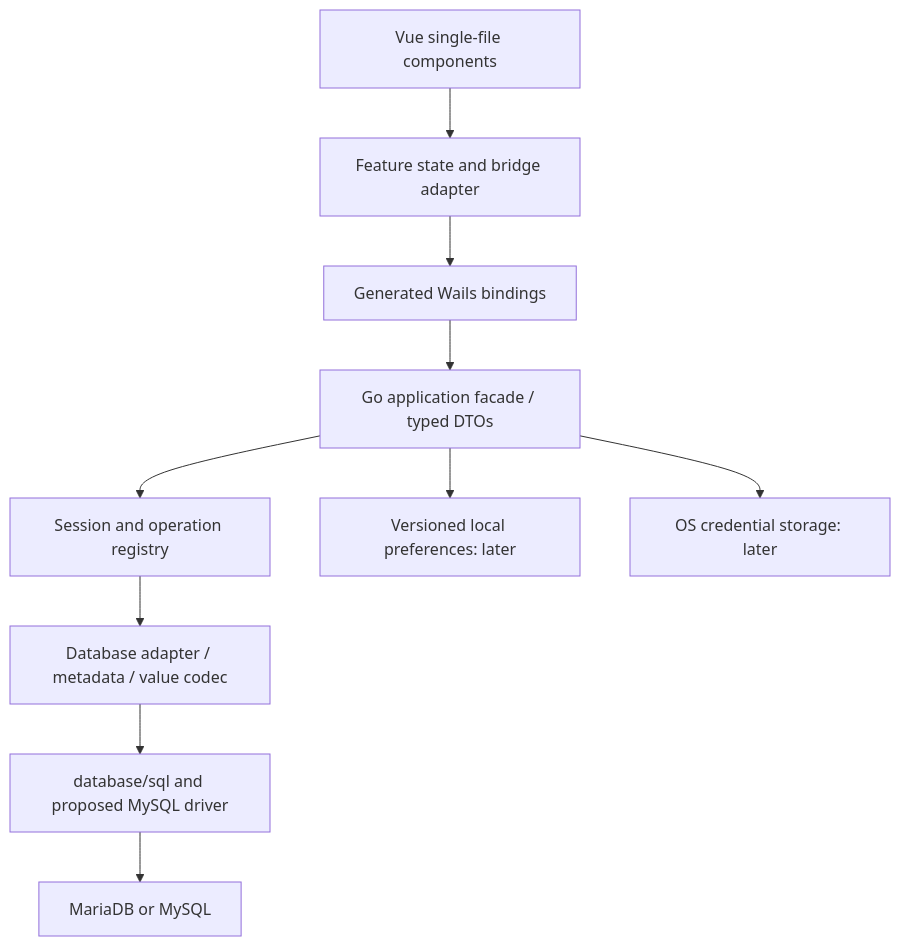
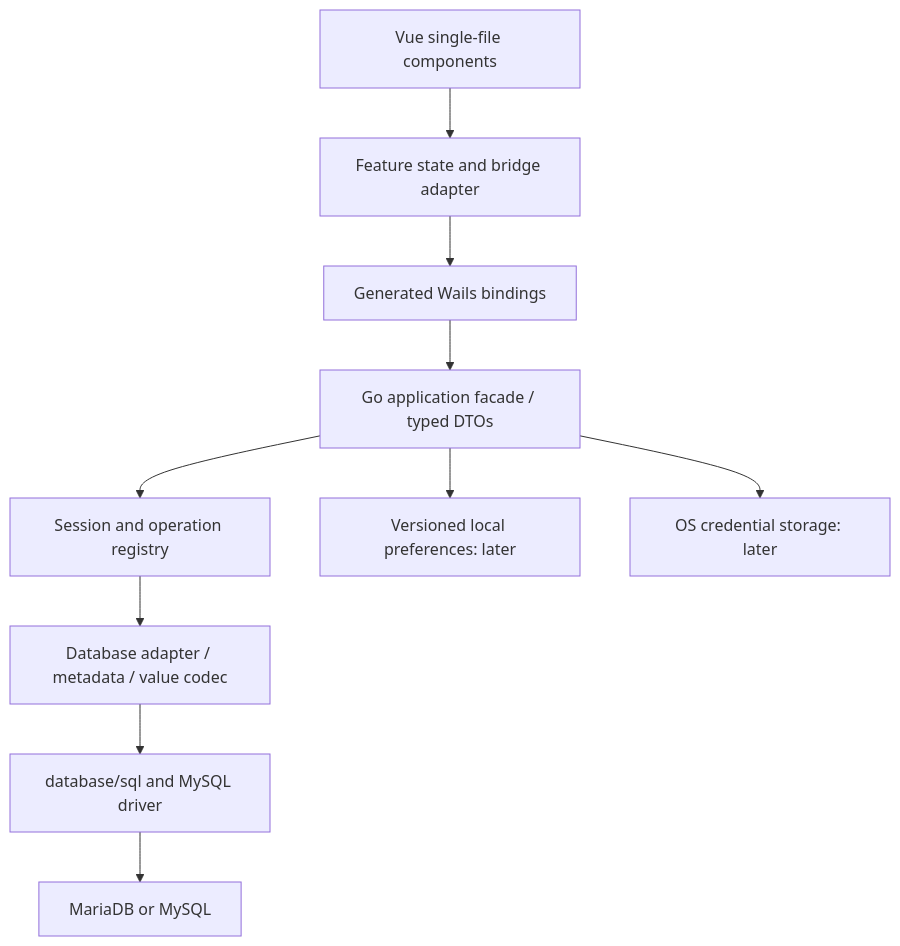
The diagram in docs/build-guide.md (DavFount/QueryLight), drawn with Mermaid before and after one commit. The commit also changed other lines of this file and 34 other files, not shown here.

First line of the commit message:
feat: add database explorer and SQL execution workspace

````diff
--- a/docs/build-guide.md
+++ b/docs/build-guide.md
@@ -9,12 +9,12 @@
 ```mermaid
 flowchart TD
     UI[Vue single-file components] --> State[Feature state and bridge adapter]
     State --> Bridge[Generated Wails bindings]
     Bridge --> App[Go application facade / typed DTOs]
     App --> Sessions[Session and operation registry]
     Sessions --> DB[Database adapter / metadata / value codec]
-    DB --> SQL[database/sql and proposed MySQL driver]
+    DB --> SQL[database/sql and MySQL driver]
     SQL --> Servers[MariaDB or MySQL]
     App --> Preferences[Versioned local preferences: later]
     App --> Credentials[OS credential storage: later]
 ```
````
